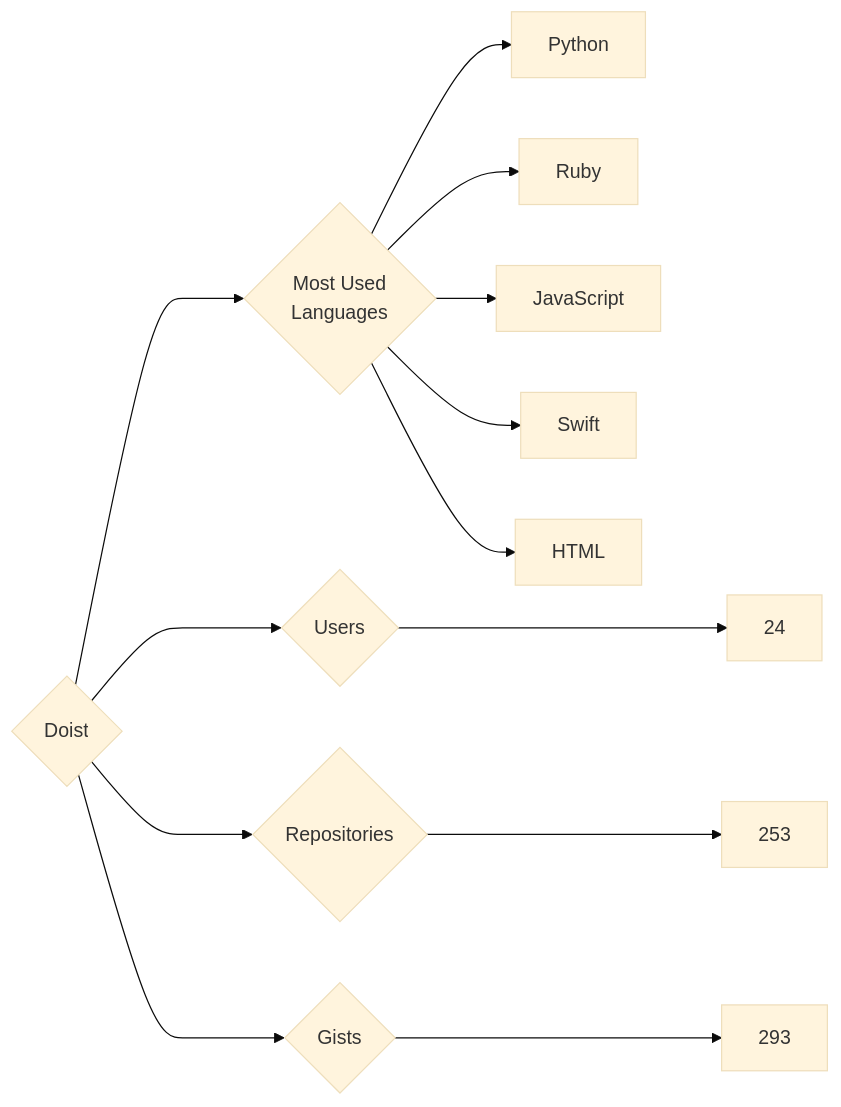
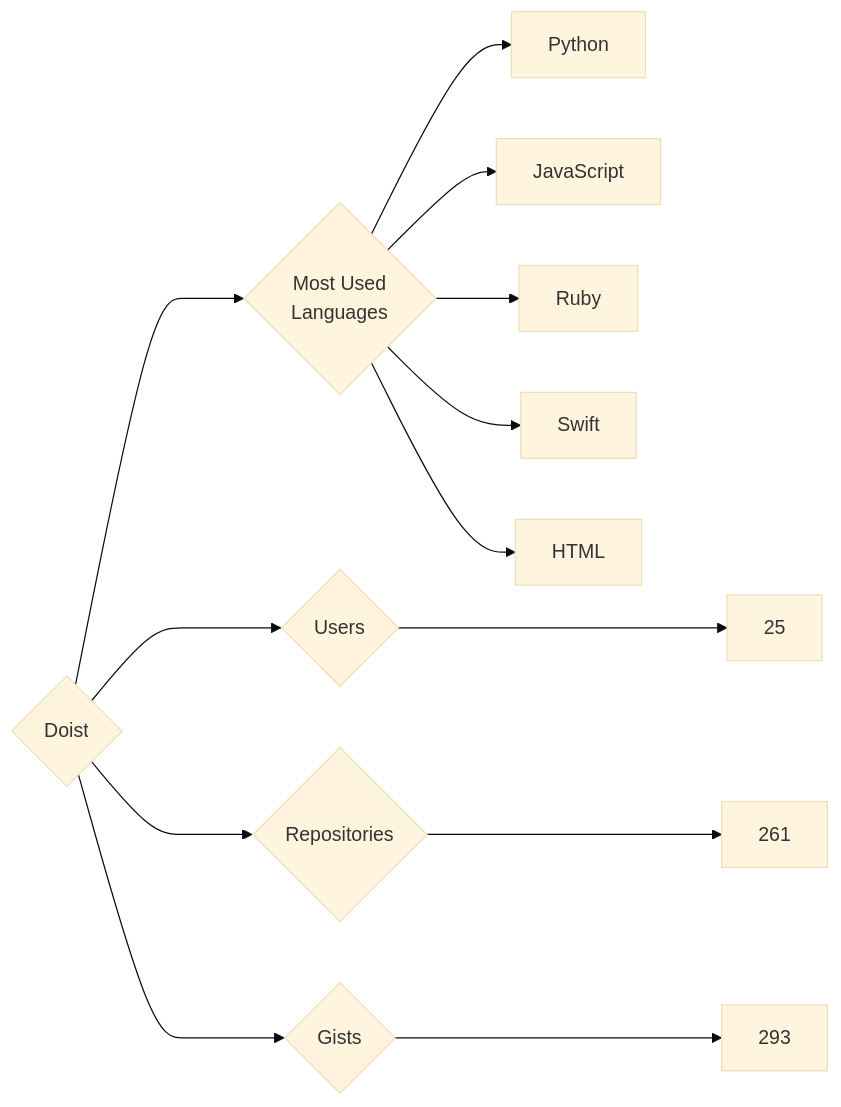
Before and after one commit to trickest/insiders: the diagram in targets/Doist/README.md, drawn with Mermaid (base theme). The commit also changed 693 other files, not shown here.

````diff
--- a/targets/Doist/README.md
+++ b/targets/Doist/README.md
@@ -3,13 +3,13 @@
 ```mermaid
 graph LR
 COMPANY_NAME{Doist}
-COMPANY_NAME ---> U{Users} ---> UN[24]
-COMPANY_NAME ---> R{Repositories} ---> RN[253]
+COMPANY_NAME ---> U{Users} ---> UN[25]
+COMPANY_NAME ---> R{Repositories} ---> RN[261]
 COMPANY_NAME ---> G{Gists} ---> GN[293]
 COMPANY_NAME ---> ML{Most Used<br>Languages}
 ML --> Python[Python]
+ML --> JavaScript[JavaScript]
 ML --> Ruby[Ruby]
-ML --> JavaScript[JavaScript]
 ML --> Swift[Swift]
 ML --> HTML[HTML]
 ```
````
